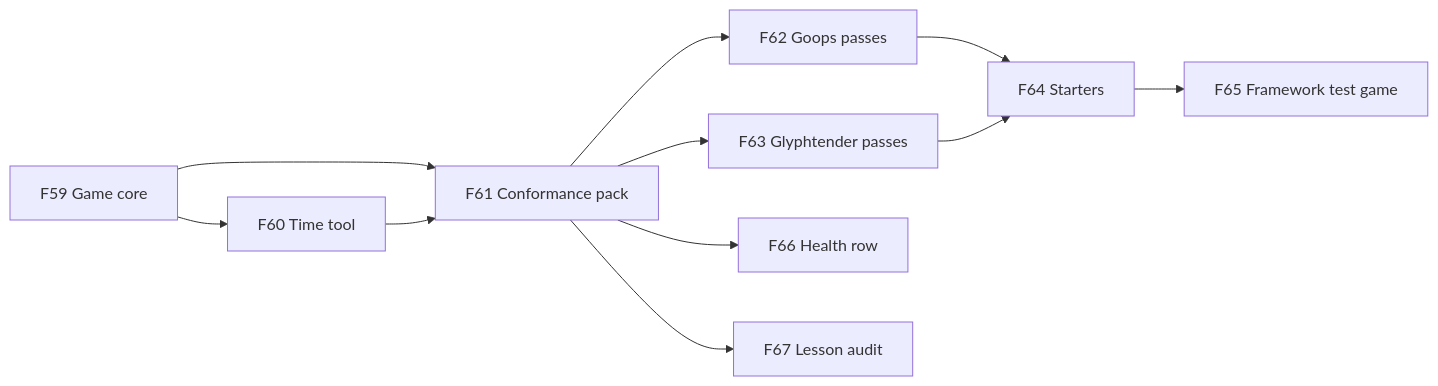
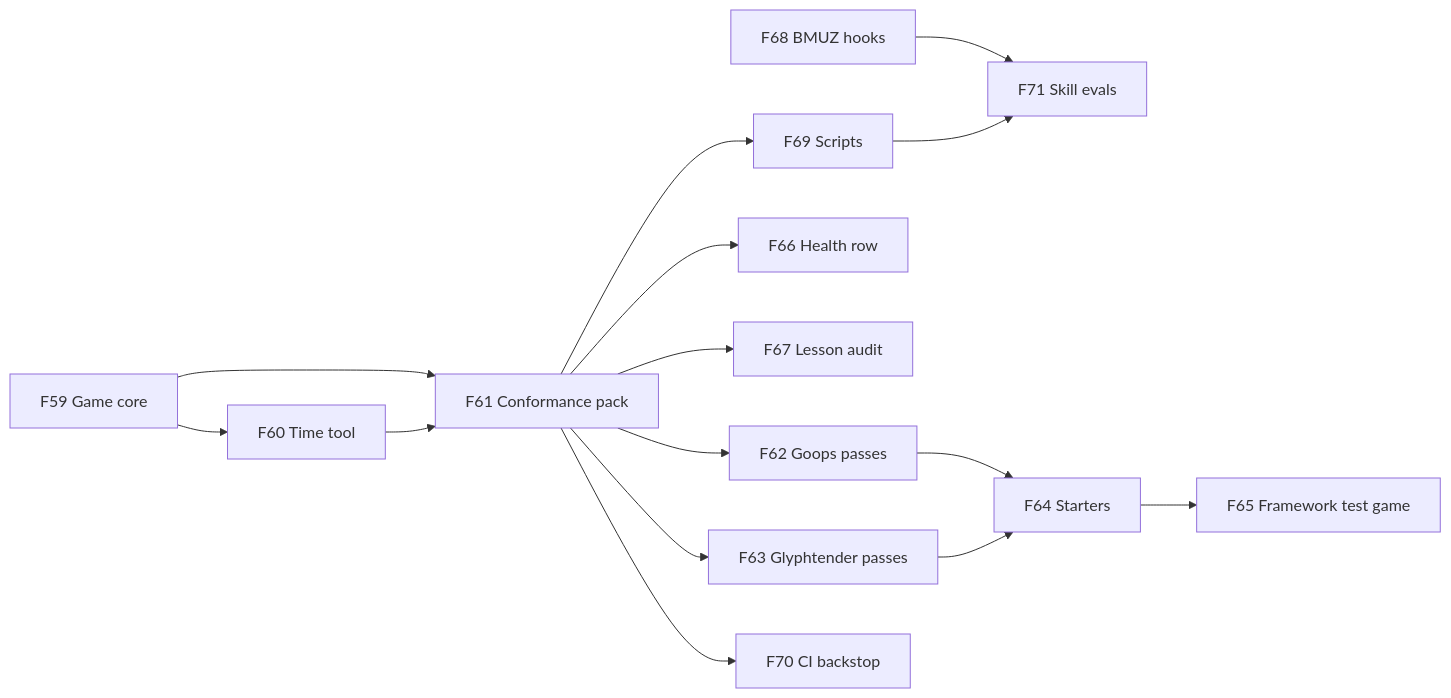
One commit to TheBlueMuzzy/framework changed the seventh of 7 diagrams in .planning/ROADMAP.md. Above: the diagram before and after it, drawn with Mermaid. The commit also changed other lines of this file and 1 other file, not shown here.

Commit message:
v0.9: reliability features F68–F72 (hooks first); STATE: session ownership + start order

````diff
--- a/.planning/ROADMAP.md
+++ b/.planning/ROADMAP.md
@@ -148,13 +154,16 @@
 ```mermaid
 flowchart LR
   F59[F59 Game core] --> F60[F60 Time tool]
   F59 --> F61[F61 Conformance pack]
   F60 --> F61
   F61 --> F62[F62 Goops passes]
   F61 --> F63[F63 Glyphtender passes]
   F61 --> F66[F66 Health row]
   F61 --> F67[F67 Lesson audit]
+  F68[F68 BMUZ hooks] --> F71[F71 Skill evals]
+  F61 --> F69[F69 Scripts] --> F71
+  F61 --> F70[F70 CI backstop]
   F62 --> F64[F64 Starters]
   F63 --> F64
   F64 --> F65[F65 Framework test game]
 ```
````
